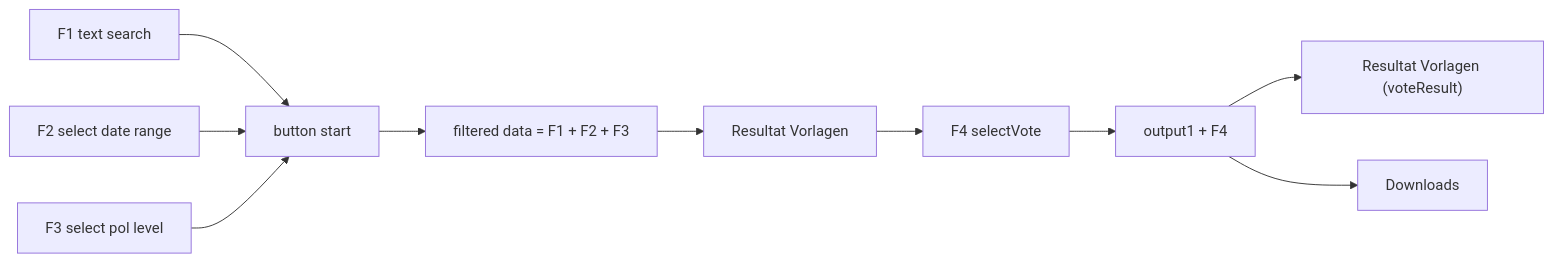
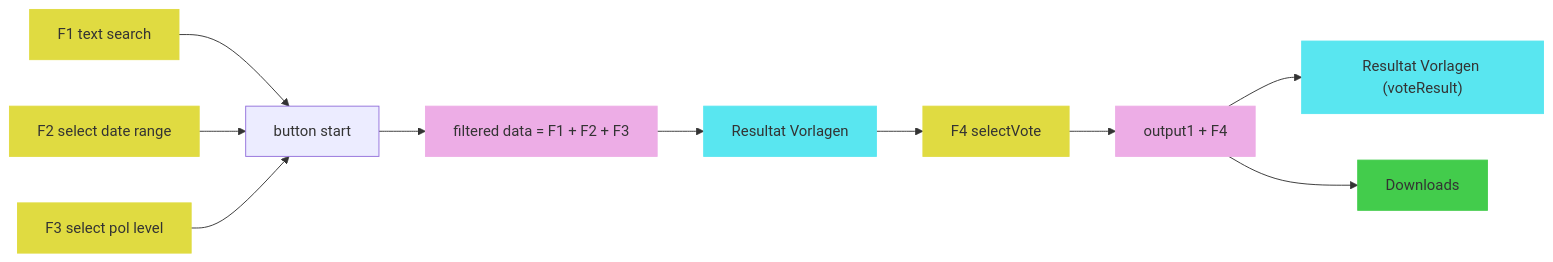
The diagram in README.md (StatistikStadtZuerich/ABDA), drawn with Mermaid before and after one commit.

Commit message:
Update README.md
add classes to boxes

````diff
--- a/README.md
+++ b/README.md
@@ -6,16 +6,16 @@
 ```mermaid
 flowchart LR;
-  f1[F1 text search] --> button[button start]
-  f2[F2 select date range] --> button
-  f3[F3 select pol level] --> button
-  button --> output1[filtered data = F1 + F2 + F3]
-  output1 --> results1[Resultat Vorlagen]
-  results1 --> f4[F4 selectVote]
-  f4 --> output2[output1 + F4]
-  output2 --> results2["Resultat Vorlagen (voteResult)"]
-  output2 --> downloads[Downloads]
+  f1[F1 text search]:::filter --> button[button start]
+  f2[F2 select date range]:::filter --> button
+  f3[F3 select pol level]:::filter --> button
+  button --> output1[filtered data = F1 + F2 + F3]:::data
+  output1 --> results1[Resultat Vorlagen]:::result
+  results1 --> f4[F4 selectVote]:::filter
+  f4 --> output2[output1 + F4]:::data
+  output2 --> results2["Resultat Vorlagen (voteResult)"]:::result
+  output2 --> downloads[Downloads]:::download
   classDef filter fill:#e0db41,stroke:#e0db41;
   classDef data fill:#edade6,stroke:#edade6;
   classDef result fill:#59e6f0,stroke:#59e6f0;
-  classDef downloads fill:#43cc4c,stroke:#43cc4c;
+  classDef download fill:#43cc4c,stroke:#43cc4c;
 ```
````
